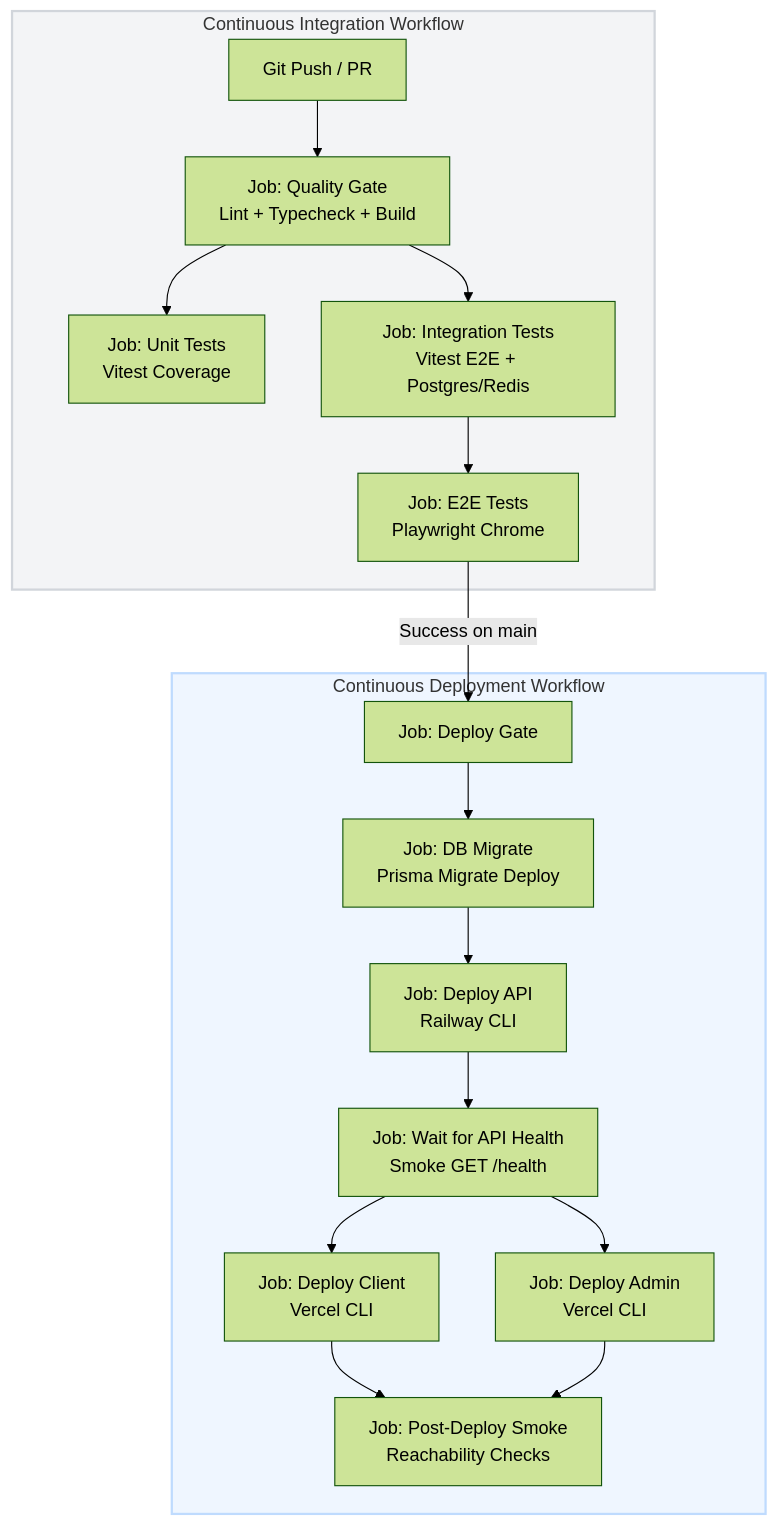
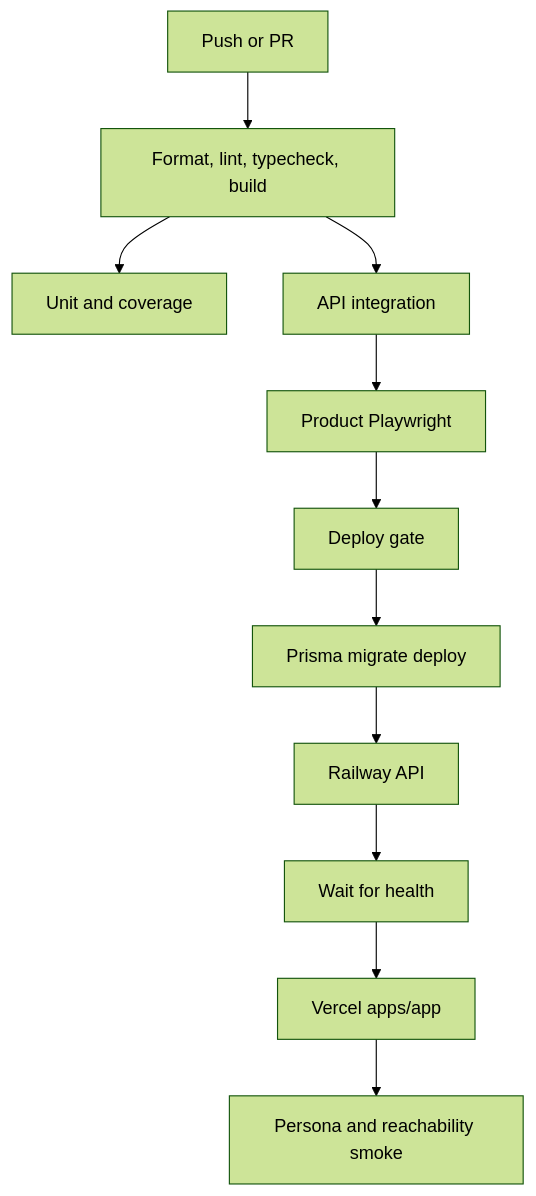
Before and after one commit to SCITAIGROUP1/ChronoMint: the diagram in docs/architecture/ci-cd-pipeline.md, drawn with Mermaid (forest theme). The commit also changed other lines of this file and 959 other files, not shown here.

First line of the commit message:
feat: unify product app and harden tenant access

````diff
--- a/docs/architecture/ci-cd-pipeline.md
+++ b/docs/architecture/ci-cd-pipeline.md
@@ -14,23 +5,13 @@
 ```mermaid
 flowchart TD
-    subgraph CI [Continuous Integration Workflow]
-        git[Git Push / PR] --> quality[Job: Quality Gate<br/>Lint + Typecheck + Build]
-        quality --> unit[Job: Unit Tests<br/>Vitest Coverage]
-        quality --> integration[Job: Integration Tests<br/>Vitest E2E + Postgres/Redis]
-        integration --> e2e[Job: E2E Tests<br/>Playwright Chrome]
-    end
-
-    subgraph CD [Continuous Deployment Workflow]
-        e2e -->|Success on main| gate[Job: Deploy Gate]
-        gate --> migrate[Job: DB Migrate<br/>Prisma Migrate Deploy]
-        migrate --> api[Job: Deploy API<br/>Railway CLI]
-        api --> wait[Job: Wait for API Health<br/>Smoke GET /health]
-        wait --> client[Job: Deploy Client<br/>Vercel CLI]
-        wait --> admin[Job: Deploy Admin<br/>Vercel CLI]
-        client --> smoke[Job: Post-Deploy Smoke<br/>Reachability Checks]
-        admin --> smoke
-    end
-
-    style CI fill:#f3f4f6,stroke:#d1d5db,stroke-width:2px
-    style CD fill:#eff6ff,stroke:#bfdbfe,stroke-width:2px
+  push[Push or PR] --> quality[Format, lint, typecheck, build]
+  quality --> unit[Unit and coverage]
+  quality --> integration[API integration]
+  integration --> e2e[Product Playwright]
+  e2e --> gate[Deploy gate]
+  gate --> migrate[Prisma migrate deploy]
+  migrate --> api[Railway API]
+  api --> health[Wait for health]
+  health --> app[Vercel apps/app]
+  app --> smoke[Persona and reachability smoke]
 ```
````
